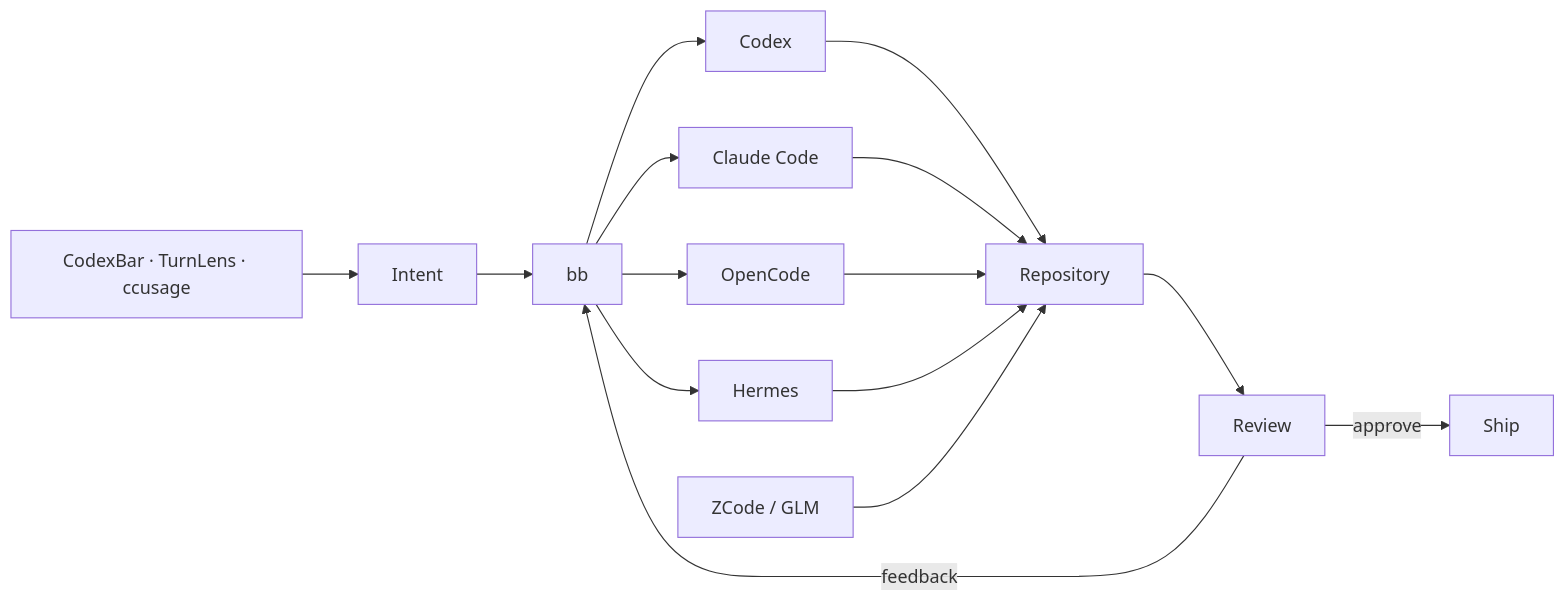
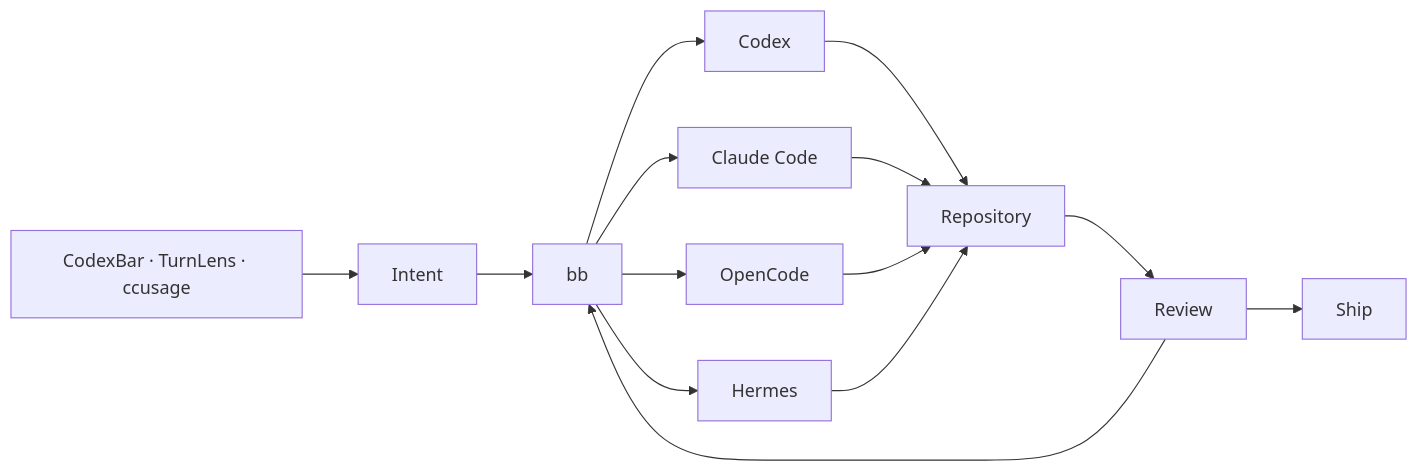
The diagram in README.md (OnurByte/nix-config), drawn with Mermaid before and after one commit. The commit also changed other lines of this file and 15 other files, not shown here.

````diff
--- a/README.md
+++ b/README.md
@@ -108,20 +91,16 @@
 ```mermaid
 flowchart LR
     Human[Intent] --> BB[bb]
     BB --> Codex[Codex]
     BB --> Claude[Claude Code]
     BB --> OpenCode[OpenCode]
     BB --> Hermes[Hermes]
-
     Codex --> Repo[Repository]
     Claude --> Repo
     OpenCode --> Repo
     Hermes --> Repo
-    ZCode[ZCode / GLM] --> Repo
-
     Repo --> Review[Review]
-    Review -->|approve| Ship[Ship]
-    Review -->|feedback| BB
-
+    Review --> Ship[Ship]
+    Review --> BB
     Usage[CodexBar · TurnLens · ccusage] --> Human
 ```
````
